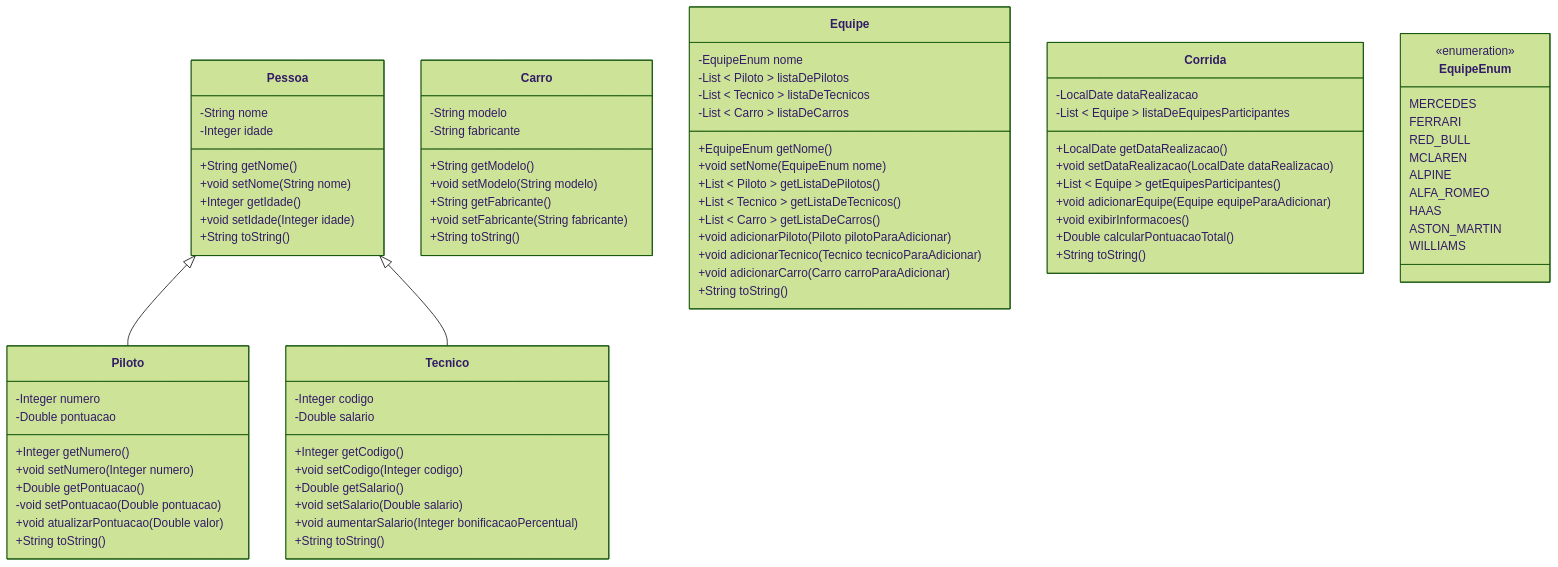
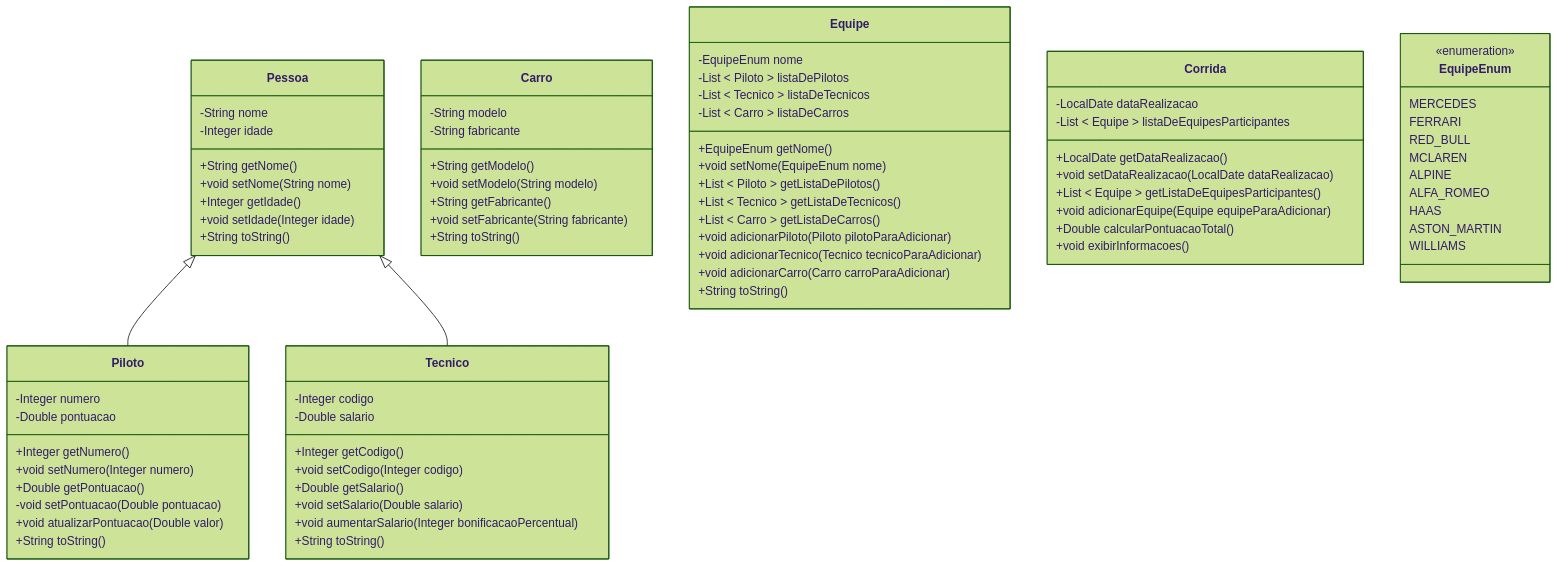
Before and after one commit to heltonricardo/enunciados-exercicios-java: the diagram in exercicio-002/versao-002/README.md, drawn with Mermaid (forest theme). The commit also changed other lines of this file, not shown here.

```diff
--- a/exercicio-002/versao-002/README.md
+++ b/exercicio-002/versao-002/README.md
@@ -76,11 +76,10 @@
   -List < Equipe > listaDeEquipesParticipantes
   +LocalDate getDataRealizacao()
   +void setDataRealizacao(LocalDate dataRealizacao)
-  +List < Equipe > getEquipesParticipantes()
+  +List < Equipe > getListaDeEquipesParticipantes()
   +void adicionarEquipe(Equipe equipeParaAdicionar)
+  +Double calcularPontuacaoTotal()
   +void exibirInformacoes()
-  +Double calcularPontuacaoTotal()
-  +String toString()
 }
 
 class EquipeEnum {
```
